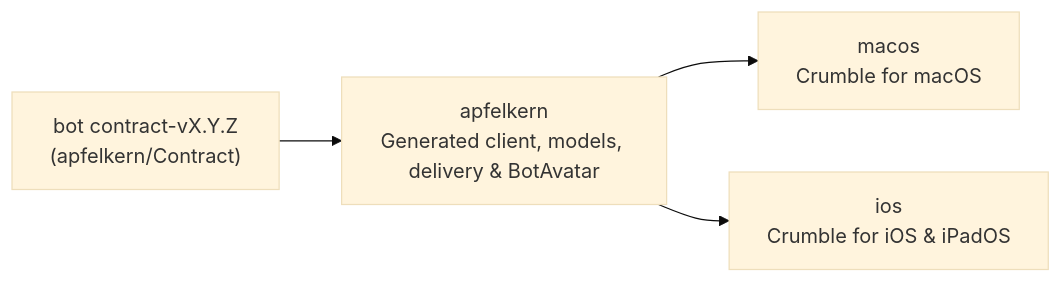
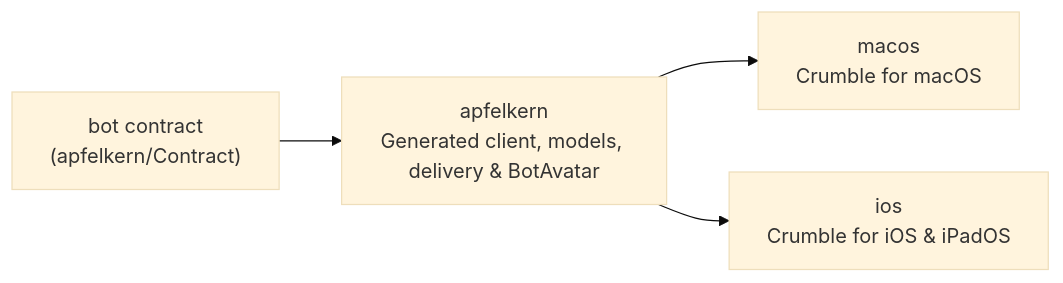
The diagram in README.md (crumble-project/apple), drawn with Mermaid (base theme) before and after one commit. The commit also changed other lines of this file and 45 other files, not shown here.

````diff
--- a/README.md
+++ b/README.md
@@ -5,6 +5,6 @@
 ```mermaid
 flowchart LR
-  Contract["bot contract-vX.Y.Z\n(apfelkern/Contract)"] --> Apfelkern["apfelkern\nGenerated client, models, delivery & BotAvatar"]
+  Contract["bot contract\n(apfelkern/Contract)"] --> Apfelkern["apfelkern\nGenerated client, models, delivery & BotAvatar"]
   Apfelkern --> macOS["macos\nCrumble for macOS"]
   Apfelkern --> iOS["ios\nCrumble for iOS & iPadOS"]
 ```
````
